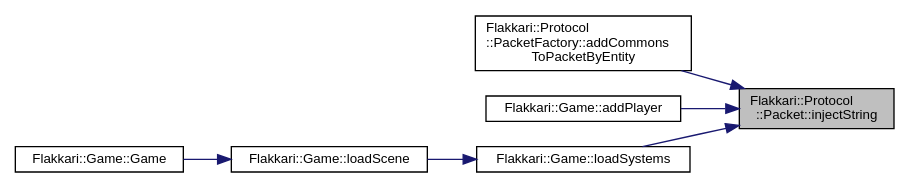
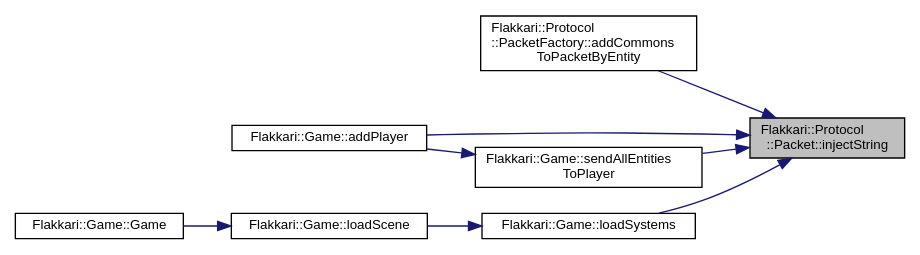
The diagram in db/d59/structFlakkari_1_1Protocol_1_1Packet_a63aaa79fce263bb0de32d73a8ffdb124_icgraph.dot (MasterLaplace/flakkari), drawn with Graphviz before and after one commit. The commit also changed 249 other files, not shown here.

```diff
--- a/db/d59/structFlakkari_1_1Protocol_1_1Packet_a63aaa79fce263bb0de32d73a8ffdb124_icgraph.dot
+++ b/db/d59/structFlakkari_1_1Protocol_1_1Packet_a63aaa79fce263bb0de32d73a8ffdb124_icgraph.dot
@@ -1,18 +1,21 @@
 digraph "Flakkari::Protocol::Packet::injectString"
 {
  // LATEX_PDF_SIZE
   edge [fontname="Helvetica",fontsize="10",labelfontname="Helvetica",labelfontsize="10"];
   node [fontname="Helvetica",fontsize="10",shape=record];
   rankdir="RL";
   Node1 [label="Flakkari::Protocol\l::Packet::injectString",height=0.2,width=0.4,color="black", fillcolor="grey75", style="filled", fontcolor="black",tooltip="Inject a string into the packet."];
   Node1 -> Node2 [dir="back",color="midnightblue",fontsize="10",style="solid",fontname="Helvetica"];
   Node2 [label="Flakkari::Protocol\l::PacketFactory::addCommons\lToPacketByEntity",height=0.2,width=0.4,color="black", fillcolor="white", style="filled",URL="$d7/d06/classFlakkari_1_1Protocol_1_1PacketFactory.html#a71d2120c5f43ac18d50b40662f4e6965",tooltip="Add all the commons components of an entity to a packet."];
   Node1 -> Node3 [dir="back",color="midnightblue",fontsize="10",style="solid",fontname="Helvetica"];
   Node3 [label="Flakkari::Game::addPlayer",height=0.2,width=0.4,color="black", fillcolor="white", style="filled",URL="$dd/ddd/classFlakkari_1_1Game.html#af6c26cbc78463602195197dc3709ce08",tooltip="Add a player to the game instance."];
   Node1 -> Node4 [dir="back",color="midnightblue",fontsize="10",style="solid",fontname="Helvetica"];
   Node4 [label="Flakkari::Game::loadSystems",height=0.2,width=0.4,color="black", fillcolor="white", style="filled",URL="$dd/ddd/classFlakkari_1_1Game.html#a58785188e8d0be4a493f1a03724b427f",tooltip="Add all the systems of the game to the registry."];
   Node4 -> Node5 [dir="back",color="midnightblue",fontsize="10",style="solid",fontname="Helvetica"];
   Node5 [label="Flakkari::Game::loadScene",height=0.2,width=0.4,color="black", fillcolor="white", style="filled",URL="$dd/ddd/classFlakkari_1_1Game.html#a7a922284fb3aadc37fcac64724508db0",tooltip="Load a scene from the game."];
   Node5 -> Node6 [dir="back",color="midnightblue",fontsize="10",style="solid",fontname="Helvetica"];
   Node6 [label="Flakkari::Game::Game",height=0.2,width=0.4,color="black", fillcolor="white", style="filled",URL="$dd/ddd/classFlakkari_1_1Game.html#af903c4e86315c6c0f3e339476c7e155c",tooltip="Construct a new Game object and load the config file of the game."];
+  Node1 -> Node7 [dir="back",color="midnightblue",fontsize="10",style="solid",fontname="Helvetica"];
+  Node7 [label="Flakkari::Game::sendAllEntities\lToPlayer",height=0.2,width=0.4,color="black", fillcolor="white", style="filled",URL="$dd/ddd/classFlakkari_1_1Game.html#a334db913f1401e0ff19b3b28df38a9ba",tooltip=" "];
+  Node7 -> Node3 [dir="back",color="midnightblue",fontsize="10",style="solid",fontname="Helvetica"];
 }
```
